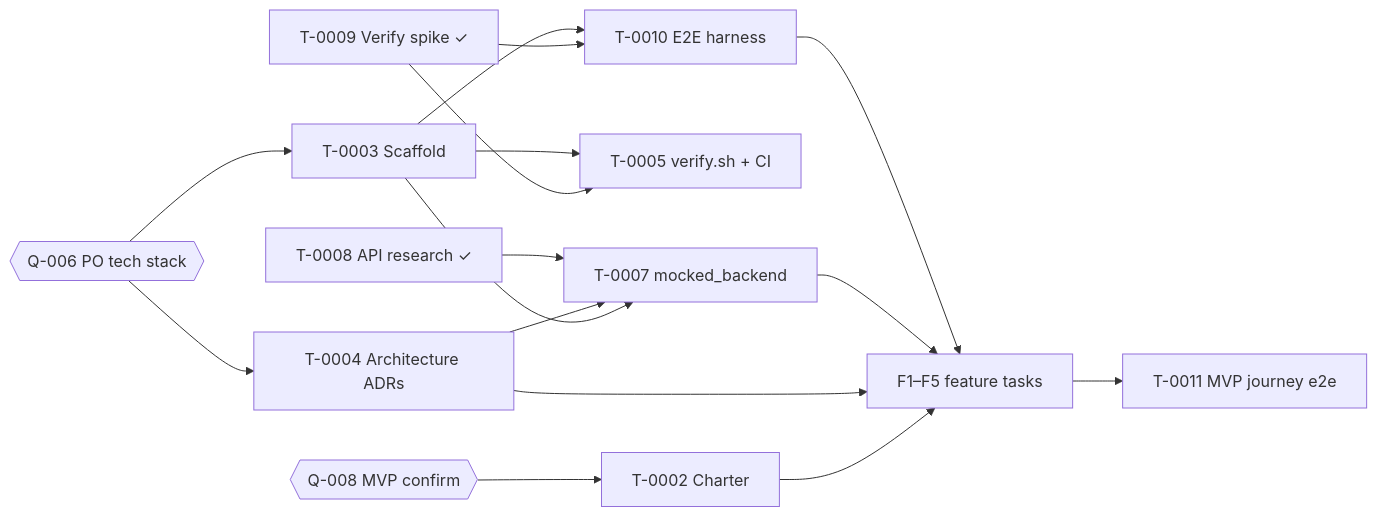
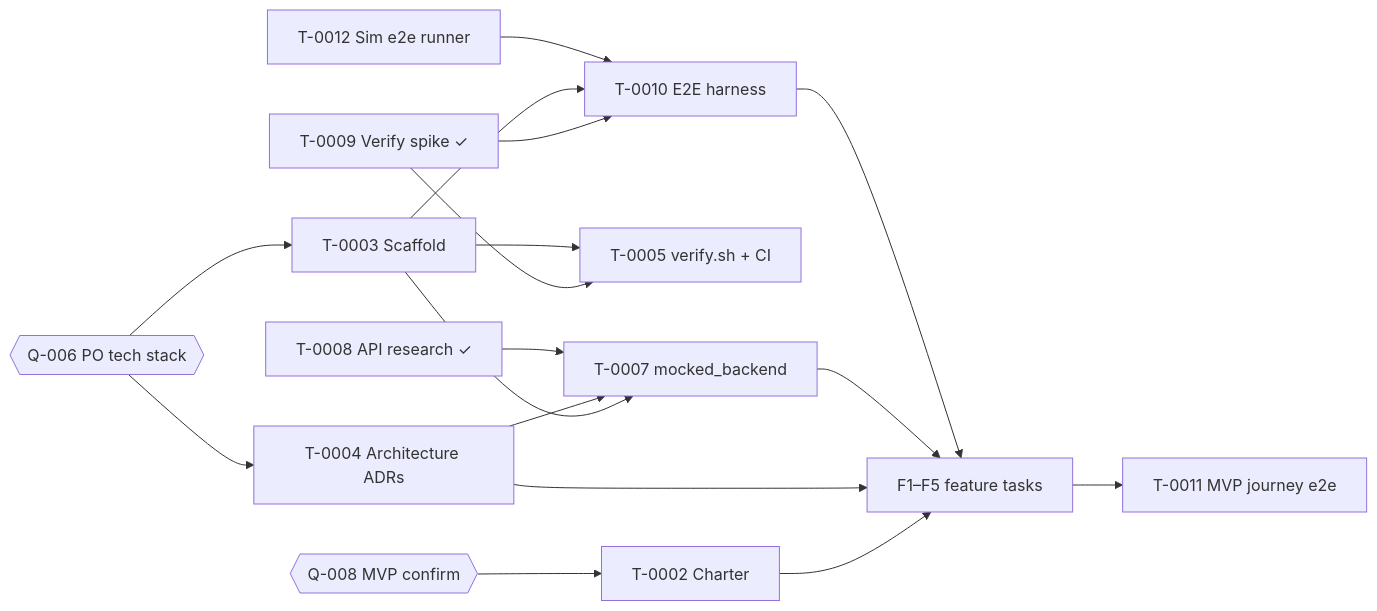
One commit to emiliev/mini-client-application changed the diagram in documents/tasks/BOARD.md. Above: the diagram before and after it, drawn with Mermaid. The commit also changed other lines of this file and 14 other files, not shown here.

````diff
--- a/documents/tasks/BOARD.md
+++ b/documents/tasks/BOARD.md
@@ -30,18 +31,19 @@
 ```mermaid
 flowchart LR
     Q6{{Q-006 PO tech stack}} --> T3[T-0003 Scaffold]
     Q6 --> T4[T-0004 Architecture ADRs]
     Q8{{Q-008 MVP confirm}} --> T2[T-0002 Charter]
     T9[T-0009 Verify spike ✓] --> T5[T-0005 verify.sh + CI]
     T9 --> T10[T-0010 E2E harness]
     T3 --> T5
     T3 --> T10
+    T12[T-0012 Sim e2e runner] --> T10
     T3 --> T7[T-0007 mocked_backend]
     T4 --> T7
     T8[T-0008 API research ✓] --> T7
     T2 --> FEAT[F1–F5 feature tasks]
     T4 --> FEAT
     T7 --> FEAT
     T10 --> FEAT
     FEAT --> T11[T-0011 MVP journey e2e]
 ```
````
